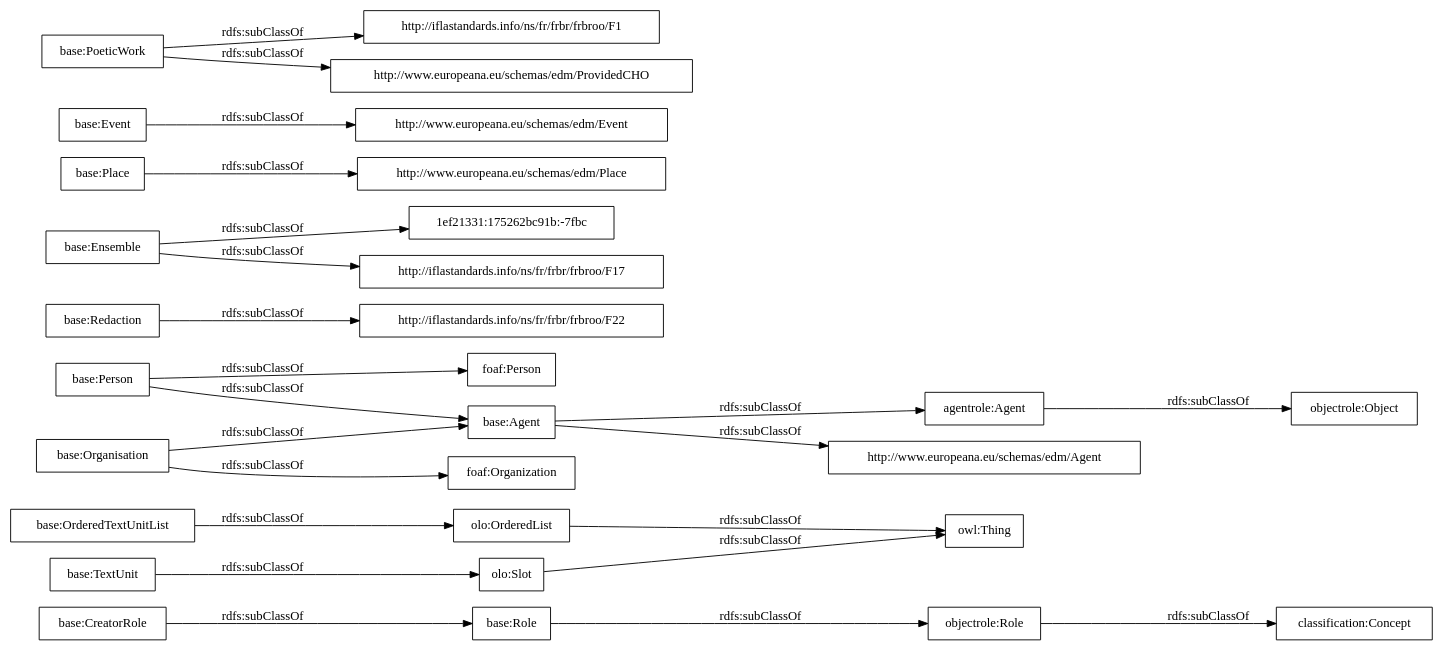
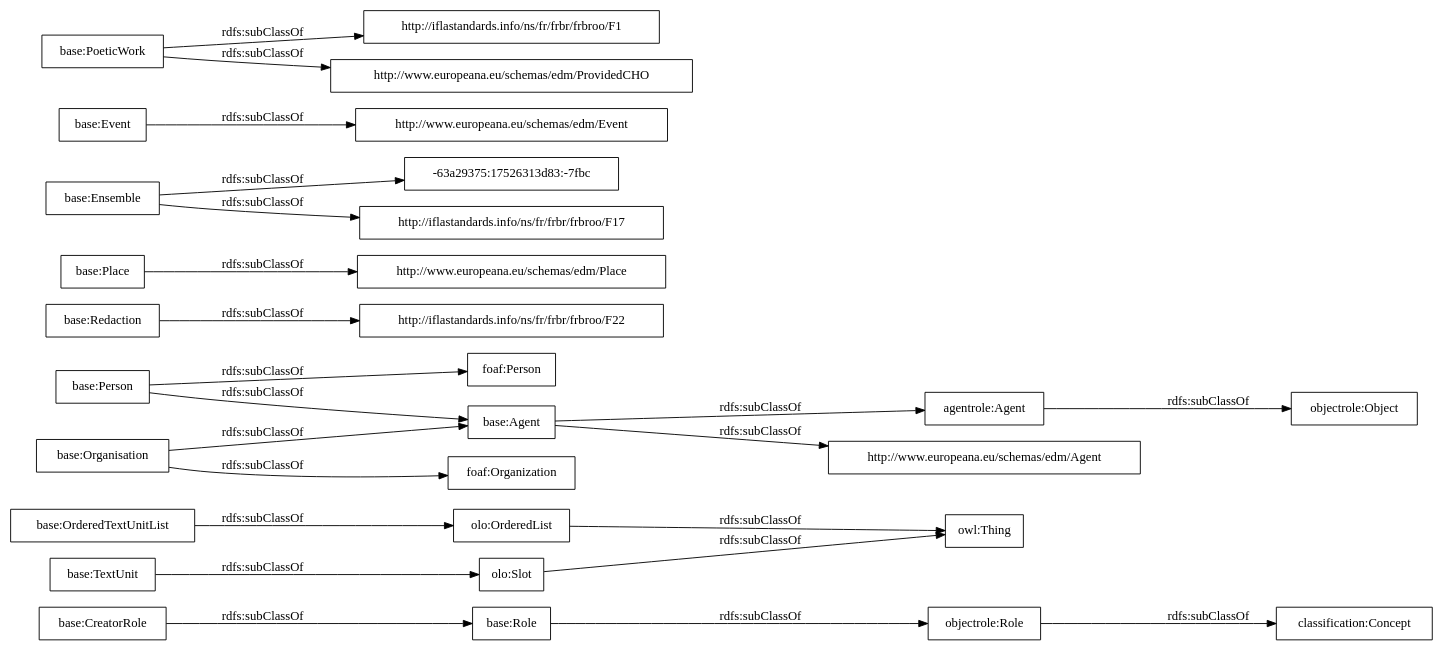
The diagram in OnToology/postdata-core.owl/diagrams/ar2dtool-taxonomy/postdata-core.owl.png.dot (OnToologyUser/core-ontology-1), drawn with Graphviz before and after one commit. The commit also changed 14 other files, not shown here.

```diff
--- a/OnToology/postdata-core.owl/diagrams/ar2dtool-taxonomy/postdata-core.owl.png.dot
+++ b/OnToology/postdata-core.owl/diagrams/ar2dtool-taxonomy/postdata-core.owl.png.dot
@@ -1,27 +1,27 @@
 digraph ar2dtool_diagram { 
 rankdir=LR;
 size="1000"
-node [shape = rectangle, color="black"]; "base:Role" "base:OrderedTextUnitList" "agentrole:Agent" "http://iflastandards.info/ns/fr/frbr/frbroo/F22" "http://www.europeana.eu/schemas/edm/Agent" "base:Agent" "base:CreatorRole" "base:Person" "base:Organisation" "1ef21331:175262bc91b:-7fbc" "http://www.europeana.eu/schemas/edm/Place" "base:Redaction" "base:Ensemble" "foaf:Person" "http://www.europeana.eu/schemas/edm/Event" "base:TextUnit" "http://iflastandards.info/ns/fr/frbr/frbroo/F1" "foaf:Organization" "http://www.europeana.eu/schemas/edm/ProvidedCHO" "base:Place" "base:Event" "base:PoeticWork" "http://iflastandards.info/ns/fr/frbr/frbroo/F17" "owl:Thing" "objectrole:Role" "objectrole:Object" "olo:Slot" "olo:OrderedList" "classification:Concept" ; /*classes style*/
+node [shape = rectangle, color="black"]; "base:Role" "base:OrderedTextUnitList" "agentrole:Agent" "http://iflastandards.info/ns/fr/frbr/frbroo/F22" "http://www.europeana.eu/schemas/edm/Agent" "base:Agent" "base:CreatorRole" "base:Person" "base:Organisation" "http://www.europeana.eu/schemas/edm/Place" "base:Redaction" "foaf:Person" "base:Ensemble" "-63a29375:17526313d83:-7fbc" "http://www.europeana.eu/schemas/edm/Event" "base:TextUnit" "http://iflastandards.info/ns/fr/frbr/frbroo/F1" "foaf:Organization" "http://www.europeana.eu/schemas/edm/ProvidedCHO" "base:Place" "base:Event" "base:PoeticWork" "http://iflastandards.info/ns/fr/frbr/frbroo/F17" "owl:Thing" "objectrole:Role" "objectrole:Object" "olo:Slot" "olo:OrderedList" "classification:Concept" ; /*classes style*/
 	"base:Redaction" -> "http://iflastandards.info/ns/fr/frbr/frbroo/F22" [ label = "rdfs:subClassOf" ];
 	"base:Role" -> "objectrole:Role" [ label = "rdfs:subClassOf" ];
 	"base:Event" -> "http://www.europeana.eu/schemas/edm/Event" [ label = "rdfs:subClassOf" ];
 	"base:Person" -> "foaf:Person" [ label = "rdfs:subClassOf" ];
 	"base:Person" -> "base:Agent" [ label = "rdfs:subClassOf" ];
 	"olo:OrderedList" -> "owl:Thing" [ label = "rdfs:subClassOf" ];
 	"olo:Slot" -> "owl:Thing" [ label = "rdfs:subClassOf" ];
 	"base:PoeticWork" -> "http://www.europeana.eu/schemas/edm/ProvidedCHO" [ label = "rdfs:subClassOf" ];
 	"base:PoeticWork" -> "http://iflastandards.info/ns/fr/frbr/frbroo/F1" [ label = "rdfs:subClassOf" ];
 	"base:TextUnit" -> "olo:Slot" [ label = "rdfs:subClassOf" ];
 	"agentrole:Agent" -> "objectrole:Object" [ label = "rdfs:subClassOf" ];
-	"base:Ensemble" -> "1ef21331:175262bc91b:-7fbc" [ label = "rdfs:subClassOf" ];
+	"base:Ensemble" -> "-63a29375:17526313d83:-7fbc" [ label = "rdfs:subClassOf" ];
 	"base:Ensemble" -> "http://iflastandards.info/ns/fr/frbr/frbroo/F17" [ label = "rdfs:subClassOf" ];
 	"base:OrderedTextUnitList" -> "olo:OrderedList" [ label = "rdfs:subClassOf" ];
 	"base:Agent" -> "agentrole:Agent" [ label = "rdfs:subClassOf" ];
 	"base:Agent" -> "http://www.europeana.eu/schemas/edm/Agent" [ label = "rdfs:subClassOf" ];
 	"objectrole:Role" -> "classification:Concept" [ label = "rdfs:subClassOf" ];
 	"base:Place" -> "http://www.europeana.eu/schemas/edm/Place" [ label = "rdfs:subClassOf" ];
 	"base:Organisation" -> "foaf:Organization" [ label = "rdfs:subClassOf" ];
 	"base:Organisation" -> "base:Agent" [ label = "rdfs:subClassOf" ];
 	"base:CreatorRole" -> "base:Role" [ label = "rdfs:subClassOf" ];
 
 }
```
